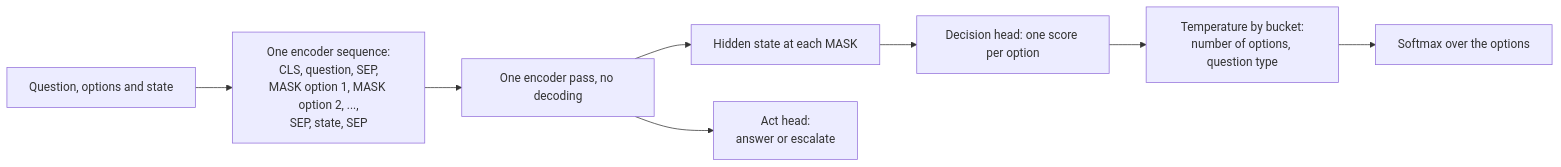
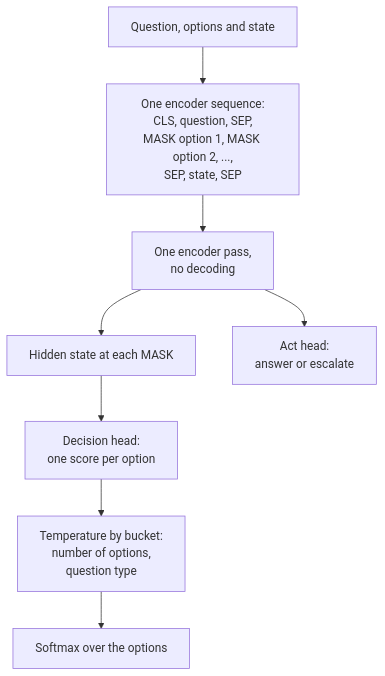
One commit to fontlaborg/ornotto changed the fourth of 7 diagrams in src_docs/md/03-engines.md. Above: the diagram before and after it, drawn with Mermaid. The commit also changed other lines of this file and 10 other files, not shown here.

Commit message:
Make the diagrams legible and match the theme

````diff
--- a/src_docs/md/03-engines.md
+++ b/src_docs/md/03-engines.md
@@ -206,10 +209,11 @@
 ```mermaid
-flowchart LR
+%%{init: {"flowchart": {"useMaxWidth": false}}}%%
+flowchart TD
     Q["Question, options and state"] --> S["One encoder sequence:<br>CLS, question, SEP,<br>MASK option 1, MASK option 2, ...,<br>SEP, state, SEP"]
-    S --> E["One encoder pass, no decoding"]
+    S --> E["One encoder pass,<br>no decoding"]
     E --> H["Hidden state at each MASK"]
-    H --> D["Decision head: one score per option"]
-    D --> T["Temperature by bucket:<br>number of options, question type"]
+    E --> A["Act head:<br>answer or escalate"]
+    H --> D["Decision head:<br>one score per option"]
+    D --> T["Temperature by bucket:<br>number of options,<br>question type"]
     T --> X["Softmax over the options"]
-    E --> A["Act head:<br>answer or escalate"]
 ```
````
